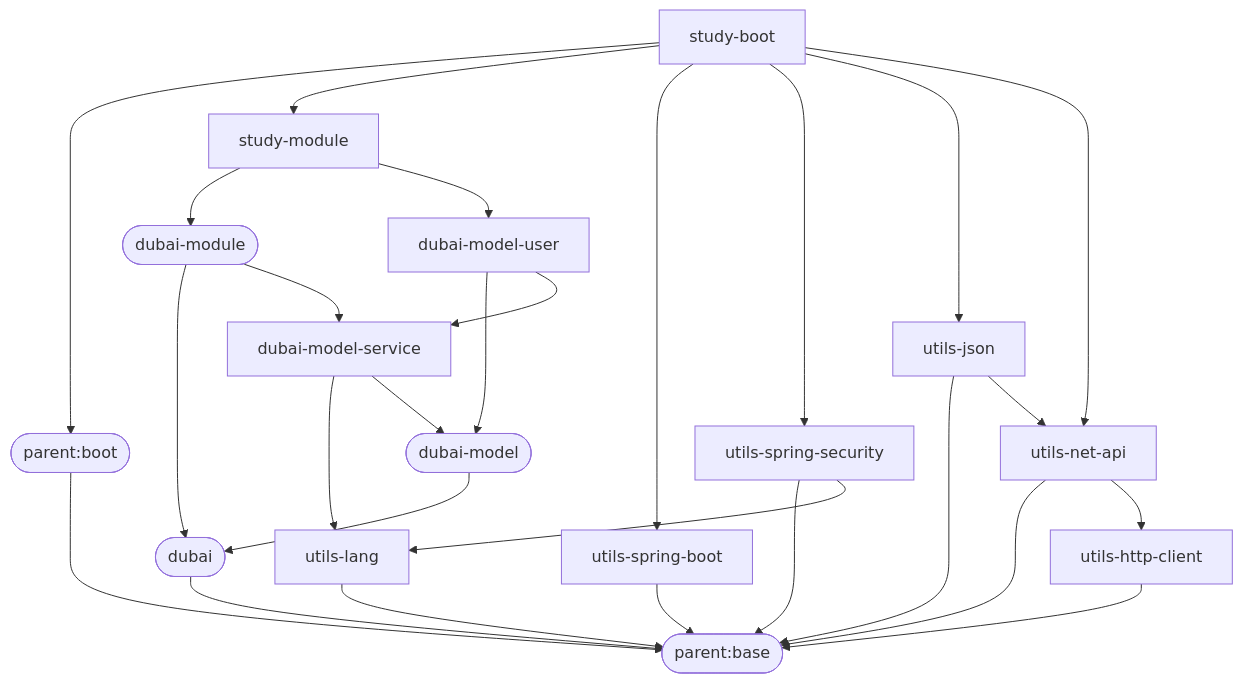
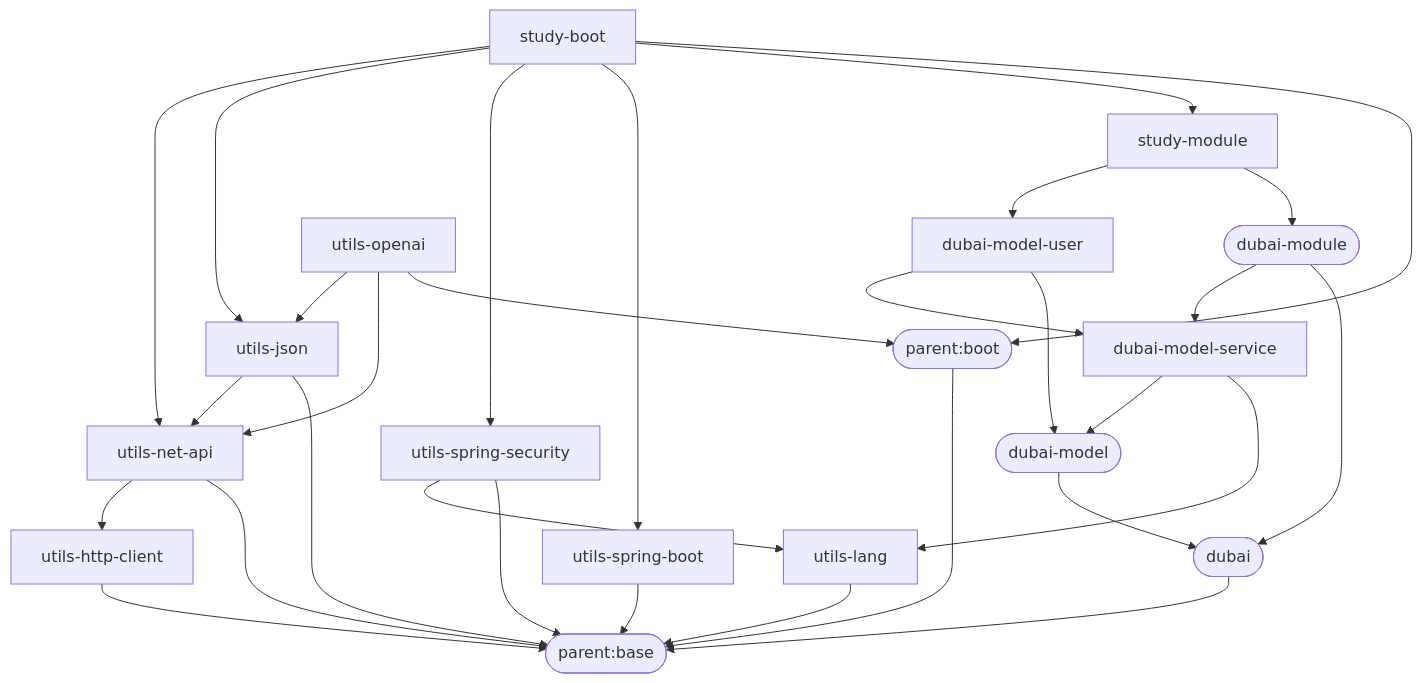
One commit to dbstarll/dbstarll.github.io changed the diagram in README.md. Above: the diagram before and after it, drawn with Mermaid. The commit also changed other lines of this file, not shown here.

Commit message:
add utils-openai

````diff
--- a/README.md
+++ b/README.md
@@ -17,40 +18,44 @@
 ```mermaid
 graph TD;
     parent.base([parent:base]);
     parent.boot([parent:boot])--->parent.base;
 
     utils-lang-->parent.base;
 
     utils-spring-boot-->parent.base;
 
     utils-spring-security-->parent.base;
     utils-spring-security-->utils-lang;
 
     utils-http-client-->parent.base;
 
     utils-net-api-->parent.base;
     utils-net-api-->utils-http-client;
 
     utils-json-->parent.base;
     utils-json-->utils-net-api;
 
     dubai([dubai])-->parent.base;
     dubai-model([dubai-model])-->dubai;
     dubai-model-service-->utils-lang;
     dubai-model-service-->dubai-model;
     dubai-module([dubai-module])-->dubai;
     dubai-module-->dubai-model-service;
     
     dubai-model-user-->dubai-model;
     dubai-model-user-->dubai-model-service;
 
     study-module-->dubai-module;
     study-module-->dubai-model-user;
 
     study-boot-->parent.boot;
     study-boot-->study-module;
     study-boot-->utils-spring-boot;
     study-boot-->utils-spring-security;
     study-boot-->utils-json;
     study-boot-->utils-net-api;
+
+    utils-openai-->parent.boot;
+    utils-openai-->utils-net-api;
+    utils-openai-->utils-json;
 ```
````
